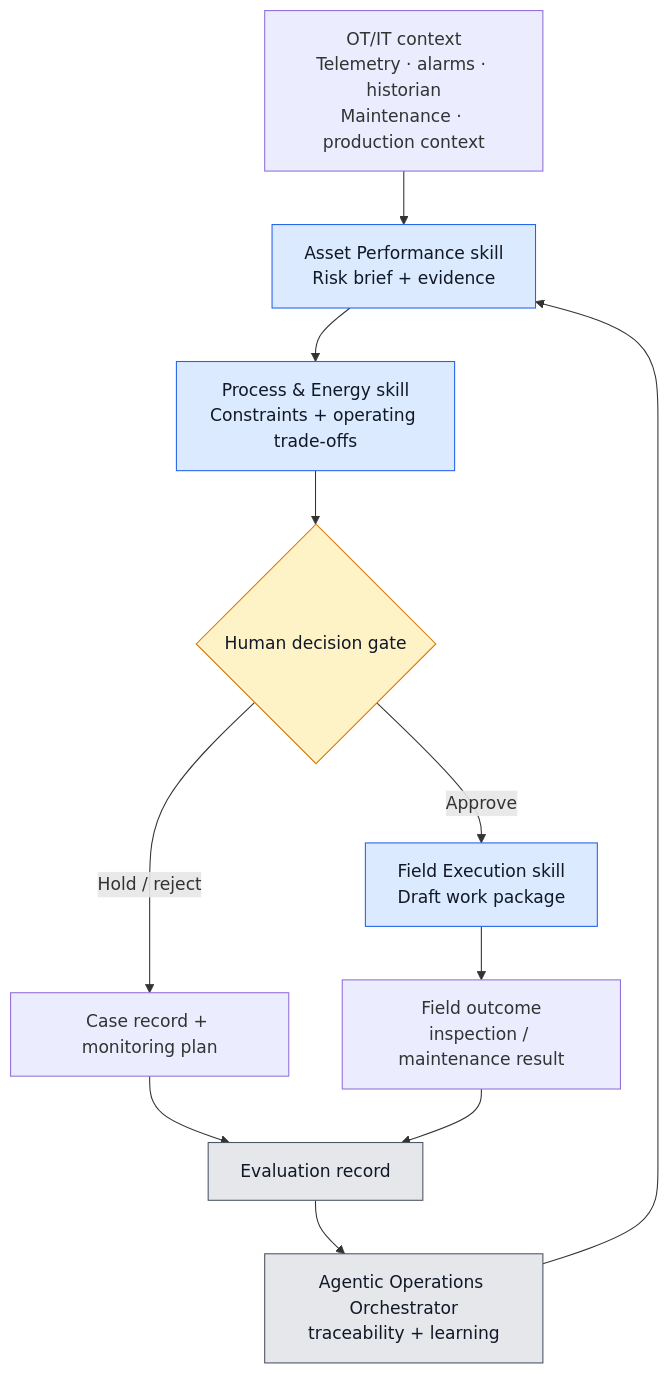
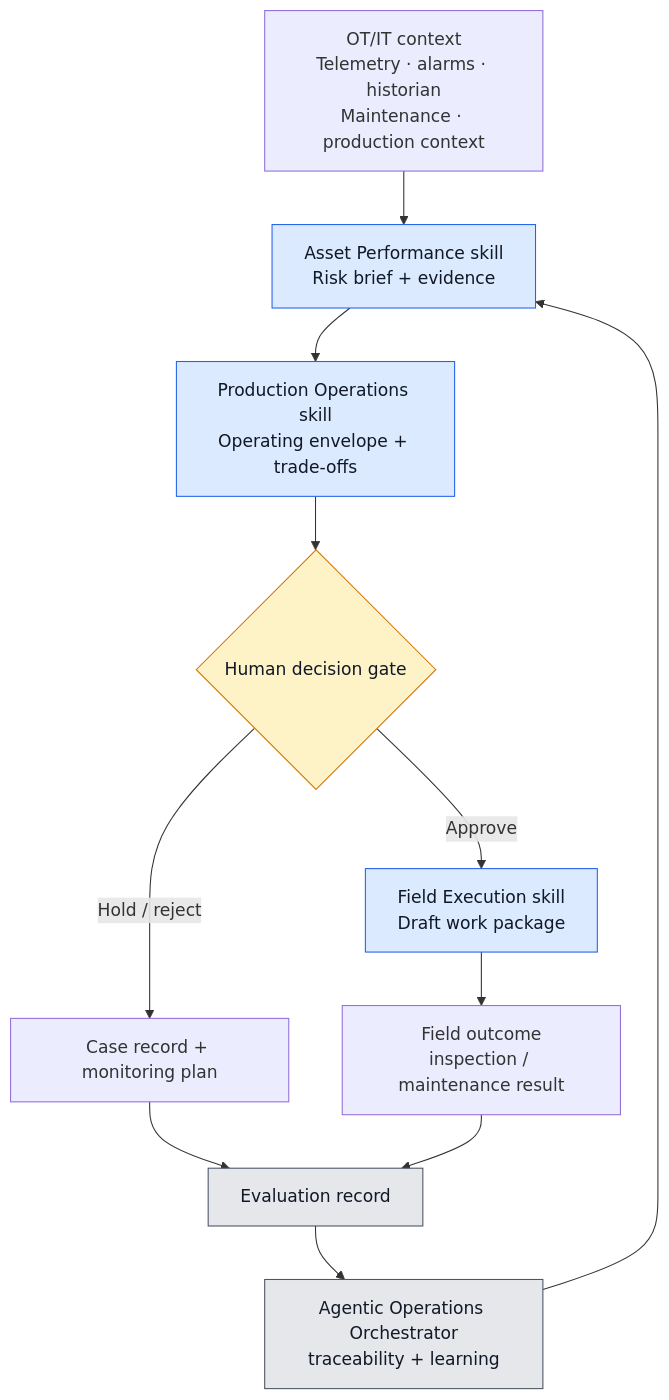
One commit to fmlin0429712024/industrial-operations-ai-poc changed the diagram in README.md. Above: the diagram before and after it, drawn with Mermaid. The commit also changed other lines of this file and 1 other file, not shown here.

````diff
--- a/README.md
+++ b/README.md
@@ -17,20 +17,20 @@
 ```mermaid
 flowchart TD
     A["OT/IT context<br/>Telemetry · alarms · historian<br/>Maintenance · production context"] --> B["Asset Performance skill<br/>Risk brief + evidence"]
-    B --> C["Process & Energy skill<br/>Constraints + operating trade-offs"]
+    B --> C["Production Operations skill<br/>Operating envelope + trade-offs"]
     C --> D{"Human decision gate"}
     D -->|"Approve"| E["Field Execution skill<br/>Draft work package"]
     D -->|"Hold / reject"| F["Case record + monitoring plan"]
     E --> G["Field outcome<br/>inspection / maintenance result"]
     F --> H["Evaluation record"]
     G --> H
     H --> I["Agentic Operations Orchestrator<br/>traceability + learning"]
     I --> B
 
     classDef skill fill:#dbeafe,stroke:#2563eb,color:#111827;
     classDef gate fill:#fef3c7,stroke:#d97706,color:#111827;
     classDef control fill:#e5e7eb,stroke:#4b5563,color:#111827;
     class B,C,E skill;
     class D gate;
     class I,H control;
 ```
````
